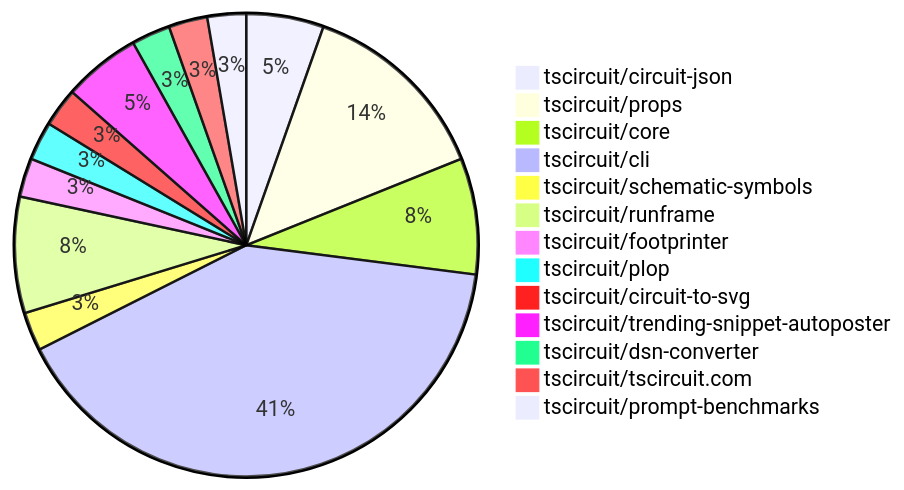
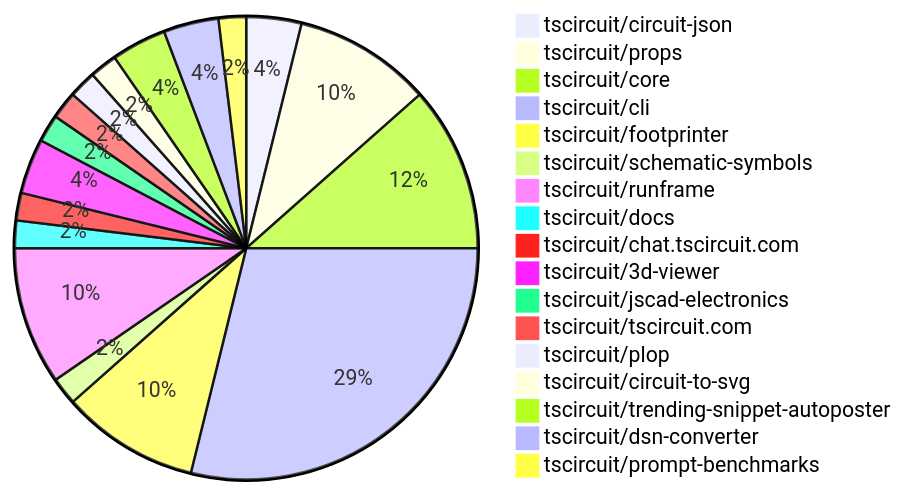
The diagram in README.md (tscircuit/contribution-tracker), drawn with Mermaid before and after one commit. The commit also changed other lines of this file and 2 other files, not shown here.

````diff
--- a/README.md
+++ b/README.md
@@ -24,16 +24,20 @@
 ```mermaid
 pie
     "tscircuit/circuit-json" : 2
     "tscircuit/props" : 5
-    "tscircuit/core" : 3
+    "tscircuit/core" : 6
     "tscircuit/cli" : 15
+    "tscircuit/footprinter" : 5
     "tscircuit/schematic-symbols" : 1
-    "tscircuit/runframe" : 3
-    "tscircuit/footprinter" : 1
+    "tscircuit/runframe" : 5
+    "tscircuit/docs" : 1
+    "tscircuit/chat.tscircuit.com" : 1
+    "tscircuit/3d-viewer" : 2
+    "tscircuit/jscad-electronics" : 1
+    "tscircuit/tscircuit.com" : 1
     "tscircuit/plop" : 1
     "tscircuit/circuit-to-svg" : 1
     "tscircuit/trending-snippet-autoposter" : 2
-    "tscircuit/dsn-converter" : 1
-    "tscircuit/tscircuit.com" : 1
+    "tscircuit/dsn-converter" : 2
     "tscircuit/prompt-benchmarks" : 1
 ```
````
